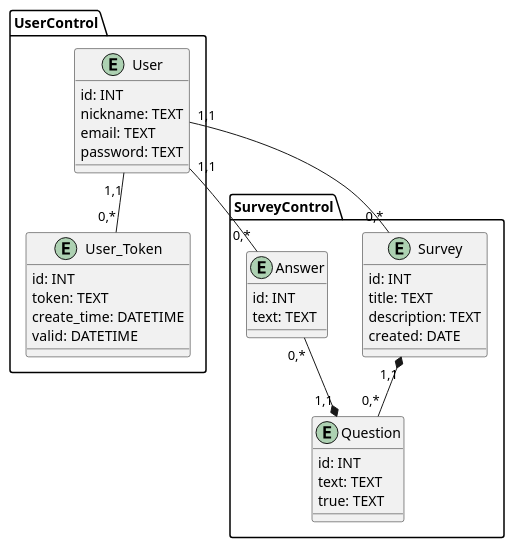
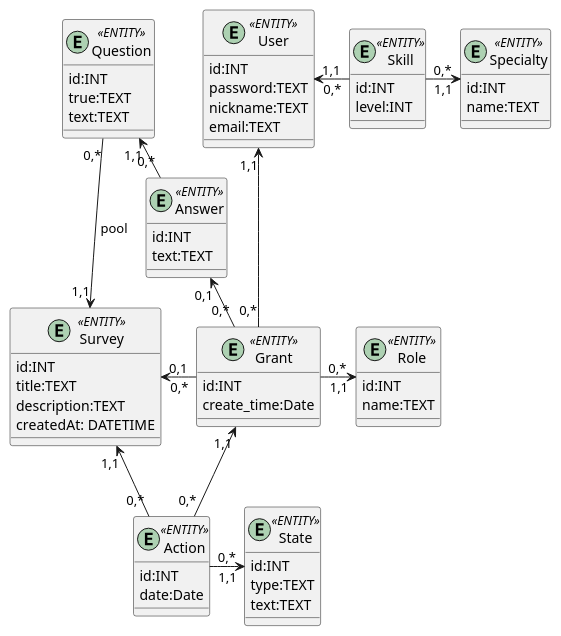
One commit to shmatkoden/db-course-theme1 changed the second of 2 diagrams in docs/design/README.md. Above: the diagram before and after it, drawn with PlantUML. The commit also changed other lines of this file and 3 other files, not shown here.

```diff
--- a/docs/design/README.md
+++ b/docs/design/README.md
@@ -95,54 +119,77 @@
-@startuml
+@startuml 
+ 
+  entity User <<ENTITY>> { 
+    id:INT 
+    password:TEXT 
+    nickname:TEXT 
+    email:TEXT
+    
+  }
 
-    package UserControl {
-        entity User
-        {
-            id: INT
-            nickname: TEXT
-            email: TEXT
-            password: TEXT
-        }
-        entity User_Token
-        {
-            id: INT
-            token: TEXT
-            create_time: DATETIME
-            valid: DATETIME
-        }
-        
-    }
-   
+  entity Grant <<ENTITY>> { 
+    id:INT 
+    create_time:Date 
+  } 
+
+  entity Role <<ENTITY>> { 
+    id:INT 
+    name:TEXT
+  }
+
+  entity Specialty <<ENTITY>> { 
+    id:INT 
+    name:TEXT 
+  } 
+
+  entity Skill <<ENTITY>>{ 
+    id:INT 
+    level:INT
+  }
+
+  entity Answer <<ENTITY>> { 
+    id:INT 
+    text:TEXT 
+  }
+
+  entity Survey <<ENTITY>>{ 
+    id:INT 
+    title:TEXT 
+    description:TEXT 
+    createdAt: DATETIME
+  } 
+
+  entity Question <<ENTITY>>{ 
+    id:INT 
+    true:TEXT 
+    text:TEXT 
+  }
+
+  entity Action <<ENTITY>>{ 
+    id:INT 
+    date:Date 
+  }
+
+  entity State <<ENTITY>>{ 
+    id:INT 
+    type:TEXT 
+    text:TEXT 
+  }
+  
+  
+
+  Skill "0,*" -l-> "1,1" User 
+  Skill "0,*" -r-> "1,1" Specialty 
     
-    package SurveyControl {
-        entity Survey
-        {
-        id: INT
-        title: TEXT
-        description: TEXT
-        created: DATE
-        }
+  Grant "0,*" -u-> "1,1" User 
+  Grant "0,*" -r-> "1,1" Role 
+  Grant "0,*" -l-> "0,1" Answer 
+  Grant "0,*" -l-> "0,1" Survey
+  Question "0,*" -d-> "1,1" Survey: pool 
+  Answer "0,*" -l-> "1,1" Question 
+  Action "0,*" -u-> "1,1" Survey
+  Action "0,*" -u-> "1,1" Grant
+  Action "0,*" -r-> "1,1" State
+  
 
-        entity Answer
-        {
-            id: INT
-            text: TEXT
-        }
- 
-        entity Question
-        {
-            id: INT
-            text: TEXT
-            true: TEXT
-        }
-    
-        
-    }
-    
-    User "1,1"--"0,*" Answer
-    User "1,1"--"0,*" Survey
-    User "1,1"--"0,*" User_Token
-    
-    Survey "1,1"*--"0,*" Question
-    Answer "0,*"--*"1,1" Question
 
 @enduml
```
